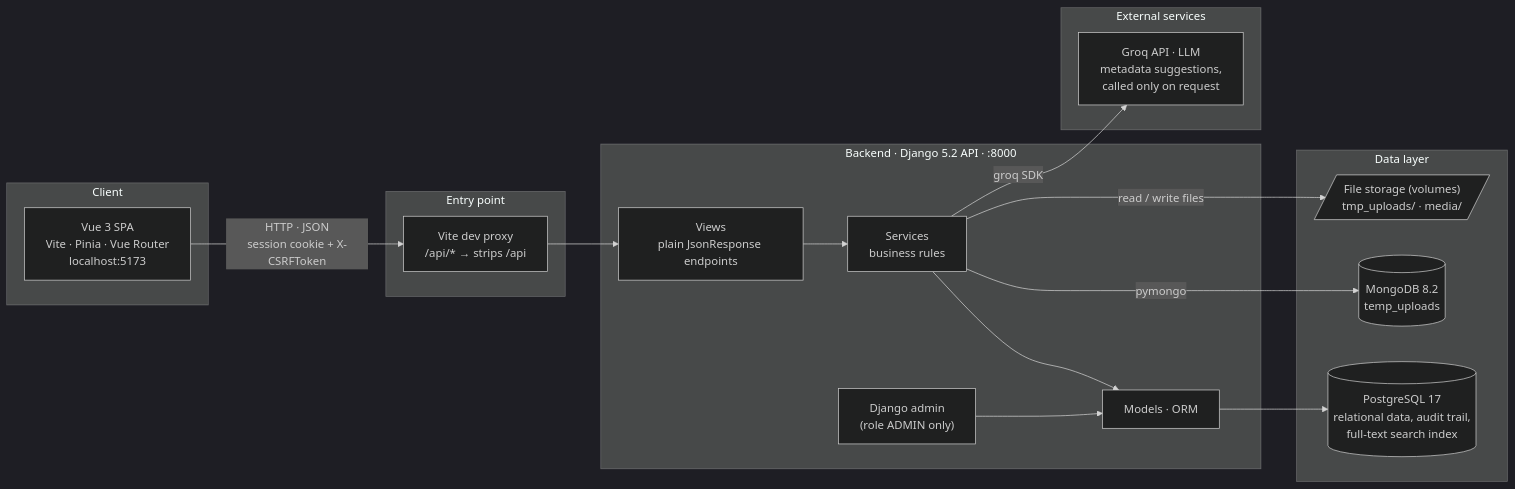
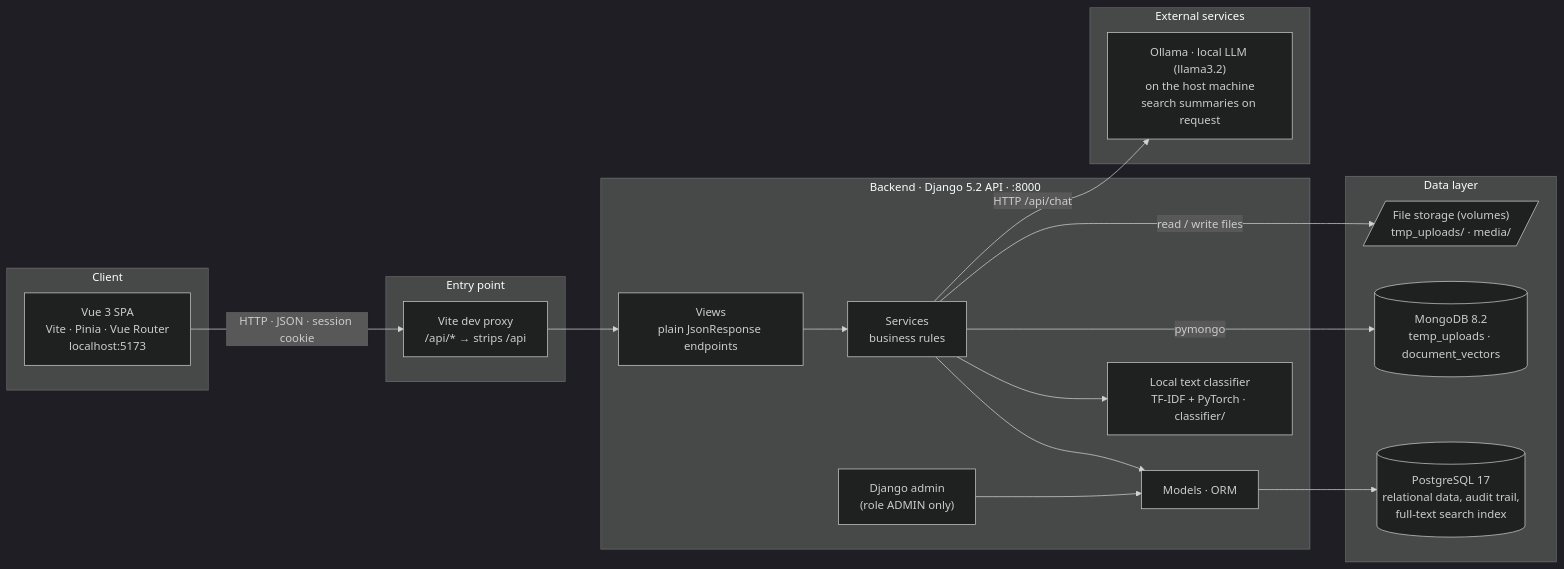
One commit to Pragma-Co/backend-indice changed the first of 5 diagrams in docs/architecture/README.md. Above: the diagram before and after it, drawn with Mermaid (dark theme). The commit also changed other lines of this file and 6 other files, not shown here.

Commit message:
docs(#80): reflect the local classifier, Ollama summaries and document vectors

````diff
--- a/docs/architecture/README.md
+++ b/docs/architecture/README.md
@@ -18,36 +18,38 @@
 ```mermaid
 flowchart LR
     subgraph Client["Client"]
         Browser["Vue 3 SPA<br/>Vite · Pinia · Vue Router<br/>localhost:5173"]
     end
 
     subgraph Edge["Entry point"]
         Proxy["Vite dev proxy<br/>/api/* → strips /api"]
     end
 
     subgraph Backend["Backend · Django 5.2 API · :8000"]
         Views["Views<br/>plain JsonResponse endpoints"]
         Services["Services<br/>business rules"]
         Models["Models · ORM"]
+        Classifier["Local text classifier<br/>TF-IDF + PyTorch · classifier/"]
         Admin["Django admin<br/>(role ADMIN only)"]
         Views --> Services --> Models
+        Services --> Classifier
         Admin --> Models
     end
 
     subgraph Data["Data layer"]
         PG[("PostgreSQL 17<br/>relational data, audit trail,<br/>full-text search index")]
-        Mongo[("MongoDB 8.2<br/>temp_uploads")]
+        Mongo[("MongoDB 8.2<br/>temp_uploads · document_vectors")]
         Files[/"File storage (volumes)<br/>tmp_uploads/ · media/"/]
     end
 
     subgraph External["External services"]
-        Groq["Groq API · LLM<br/>metadata suggestions,<br/>called only on request"]
+        Ollama["Ollama · local LLM (llama3.2)<br/>on the host machine<br/>search summaries on request"]
     end
 
-    Browser -- "HTTP · JSON<br/>session cookie + X-CSRFToken" --> Proxy
+    Browser -- "HTTP · JSON · session cookie" --> Proxy
     Proxy --> Views
     Models --> PG
     Services -- "pymongo" --> Mongo
     Services -- "read / write files" --> Files
-    Services -- "groq SDK" --> Groq
+    Services -- "HTTP /api/chat" --> Ollama
 ```
````
